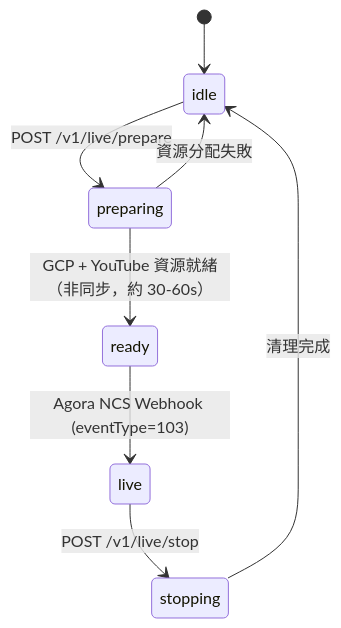
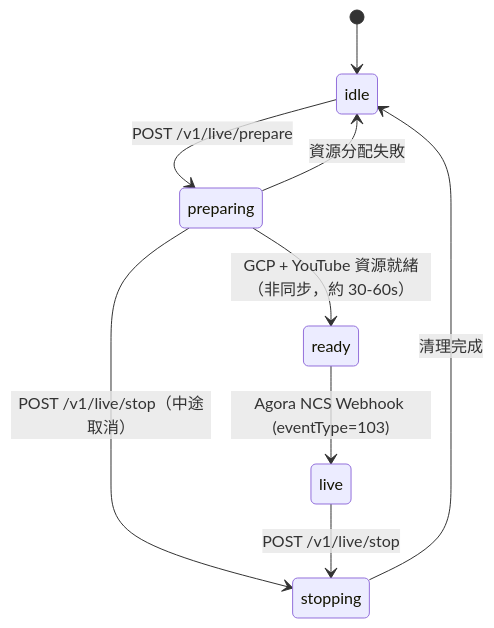
One commit to maxence2997/delta-cast changed the first of 5 diagrams in doc/spec.md. Above: the diagram before and after it, drawn with Mermaid. The commit also changed other lines of this file and 1 other file, not shown here.

Commit message:
feat: 補足preparing -> stop 狀態機機制

````diff
--- a/doc/spec.md
+++ b/doc/spec.md
@@ -57,10 +57,11 @@
 ```mermaid
 stateDiagram-v2
     [*] --> idle
     idle --> preparing : POST /v1/live/prepare
     preparing --> ready : GCP + YouTube 資源就緒（非同步，約 30-60s）
     preparing --> idle : 資源分配失敗
+    preparing --> stopping : POST /v1/live/stop（中途取消）
     ready --> live : Agora NCS Webhook (eventType=103)
     live --> stopping : POST /v1/live/stop
     stopping --> idle : 清理完成
 ```
````
